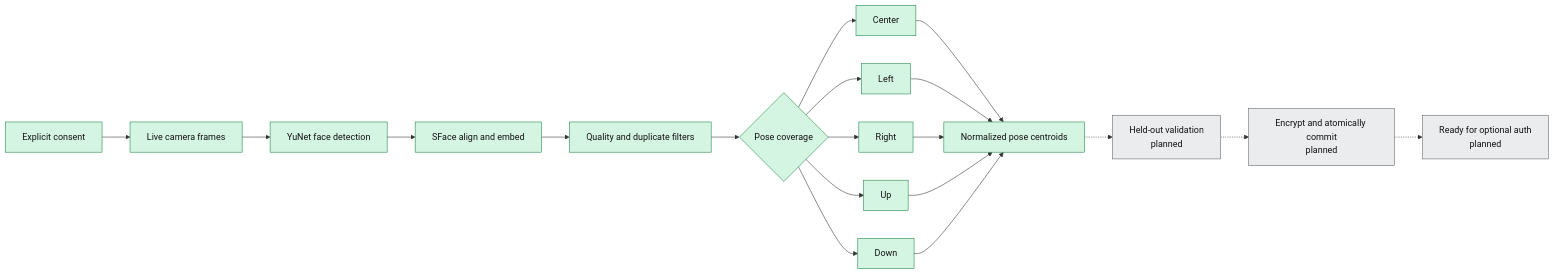
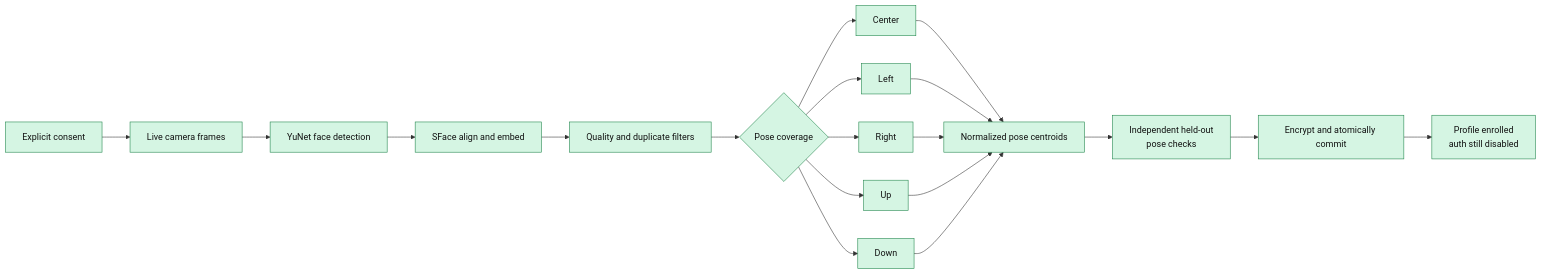
Before and after one commit to justneeraj12/face-unlock-linux: the fourth of 5 diagrams in README.md, drawn with Mermaid. The commit also changed other lines of this file and 25 other files, not shown here.

Commit message:
Require held-out enrollment validation

````diff
--- a/README.md
+++ b/README.md
@@ -267,29 +268,27 @@
 ```mermaid
 flowchart LR
     Consent["Explicit consent"] --> Frames["Live camera frames"]
     Frames --> Detect["YuNet face detection"]
     Detect --> Embed["SFace align and embed"]
     Embed --> Filter["Quality and duplicate filters"]
     Filter --> Pose{"Pose coverage"}
     Pose --> Center["Center"]
     Pose --> Left["Left"]
     Pose --> Right["Right"]
     Pose --> Up["Up"]
     Pose --> Down["Down"]
 
     Center --> Profile["Normalized pose centroids"]
     Left --> Profile
     Right --> Profile
     Up --> Profile
     Down --> Profile
 
-    Profile -.-> Validate["Held-out validation<br/>planned"]
-    Validate -.-> Encrypt["Encrypt and atomically commit<br/>planned"]
-    Encrypt -.-> Ready["Ready for optional auth<br/>planned"]
+    Profile --> Validate["Independent held-out<br/>pose checks"]
+    Validate --> Encrypt["Encrypt and atomically commit"]
+    Encrypt --> Ready["Profile enrolled<br/>auth still disabled"]
 
-    classDef prototype fill:#d5f5e3,stroke:#1e8449,color:#111
-    classDef planned fill:#eaecee,stroke:#626567,color:#111
+    classDef implemented fill:#d5f5e3,stroke:#1e8449,color:#111
 
-    class Consent,Frames,Detect,Embed,Filter,Pose,Center,Left,Right,Up,Down,Profile prototype
-    class Validate,Encrypt,Ready planned
+    class Consent,Frames,Detect,Embed,Filter,Pose,Center,Left,Right,Up,Down,Profile,Validate,Encrypt,Ready implemented
 ```
````
